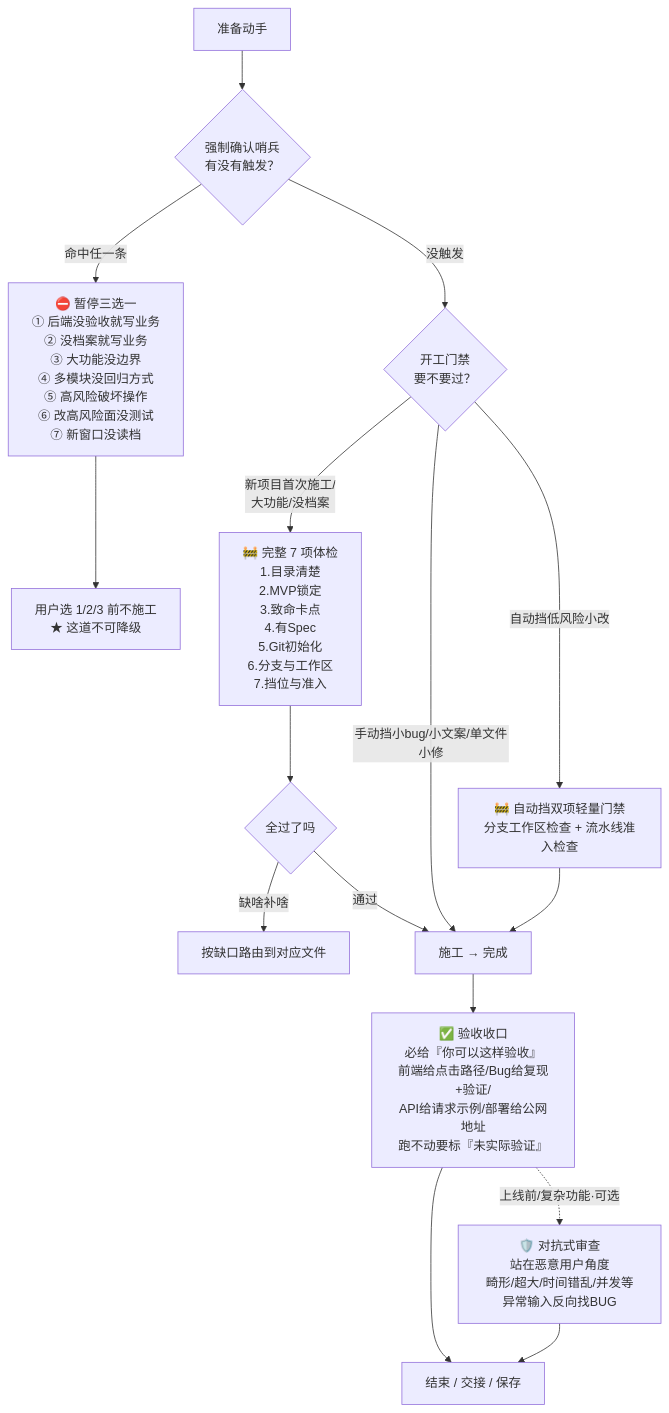
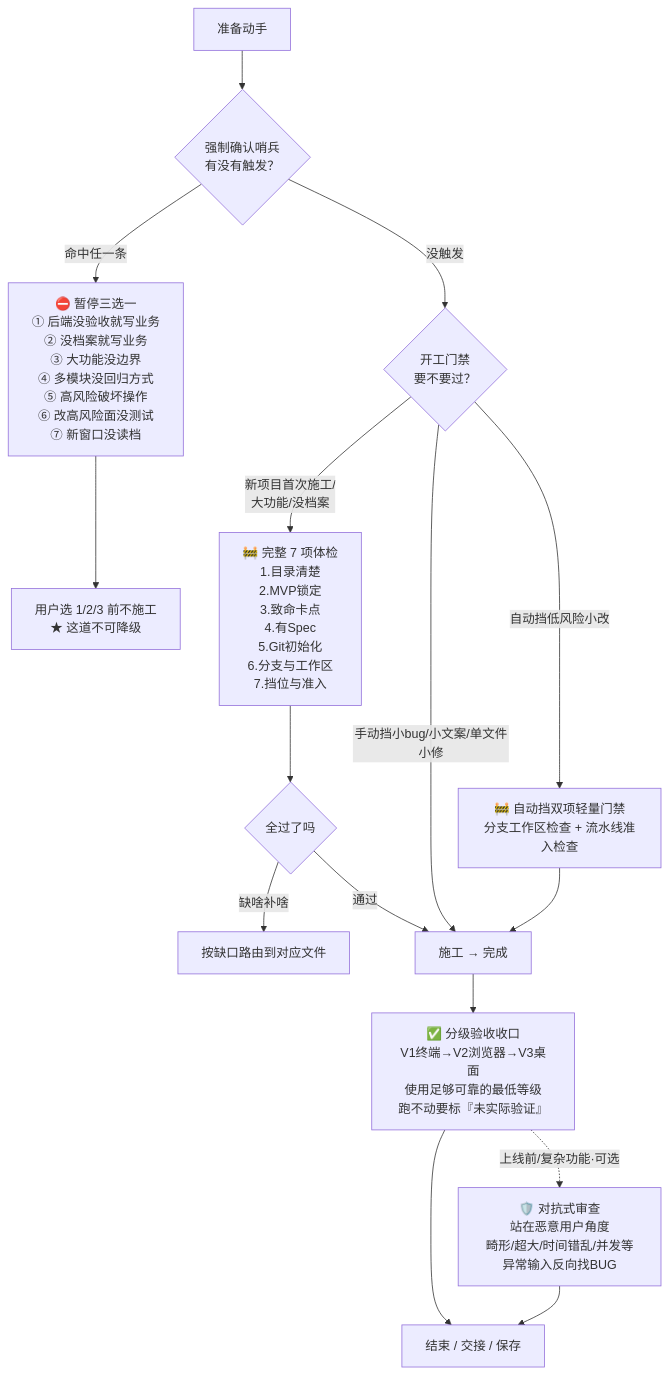
The third of 3 diagrams in FLOWCHART.md (kunkunzi996/kun-router), drawn with Mermaid before and after one commit. The commit also changed other lines of this file and 10 other files, not shown here.

````diff
--- a/FLOWCHART.md
+++ b/FLOWCHART.md
@@ -110,20 +116,20 @@
 ```mermaid
 flowchart TD
     S[准备动手] --> Q1{强制确认哨兵<br/>有没有触发？}
     Q1 -- 命中任一条 --> STOP1[⛔ 暂停三选一<br/>① 后端没验收就写业务<br/>② 没档案就写业务<br/>③ 大功能没边界<br/>④ 多模块没回归方式<br/>⑤ 高风险破坏操作<br/>⑥ 改高风险面没测试<br/>⑦ 新窗口没读档]
     STOP1 --> WAIT[用户选 1/2/3 前不施工<br/>★ 这道不可降级]
     Q1 -- 没触发 --> Q2
 
     Q2{开工门禁<br/>要不要过？} -- 新项目首次施工/<br/>大功能/没档案 --> GATE[🚧 完整 7 项体检<br/>1.目录清楚<br/>2.MVP锁定<br/>3.致命卡点<br/>4.有Spec<br/>5.Git初始化<br/>6.分支与工作区<br/>7.挡位与准入]
     GATE --> GATEOK{全过了吗}
     GATEOK -- 缺啥补啥 --> ROUTE[按缺口路由到对应文件]
     GATEOK -- 通过 --> Q3
     Q2 -- 手动挡小bug/小文案/单文件小修 --> Q3
     Q2 -- 自动挡低风险小改 --> LIGHT[🚧 自动挡双项轻量门禁<br/>分支工作区检查 + 流水线准入检查]
     LIGHT --> Q3
 
-    Q3[施工 → 完成] --> ACC[✅ 验收收口<br/>必给『你可以这样验收』<br/>前端给点击路径/Bug给复现+验证/<br/>API给请求示例/部署给公网地址<br/>跑不动要标『未实际验证』]
+    Q3[施工 → 完成] --> ACC[✅ 分级验收收口<br/>V1终端→V2浏览器→V3桌面<br/>使用足够可靠的最低等级<br/>跑不动要标『未实际验证』]
     ACC --> DONE[结束 / 交接 / 保存]
     ACC -. 上线前/复杂功能·可选 .-> ADV[🛡️ 对抗式审查<br/>站在恶意用户角度<br/>畸形/超大/时间错乱/并发等异常输入反向找BUG]
     ADV --> DONE
 ```
````
